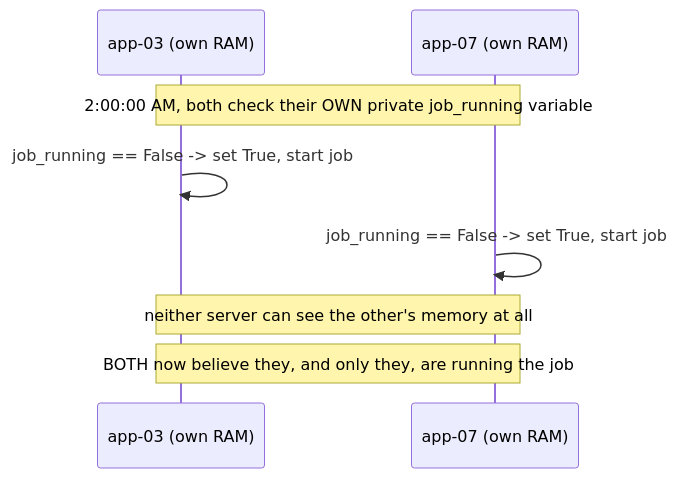
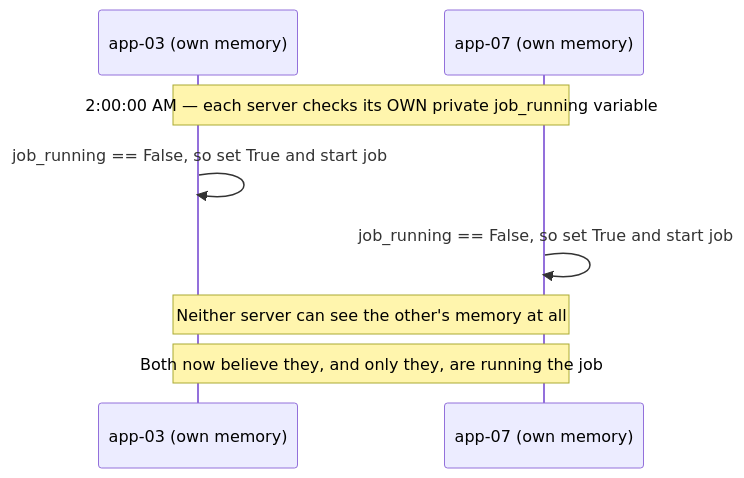
One commit to riyaz-pasha/Learnings changed the first of 10 diagrams in system-design/HLD/0-course/61-Design-a-Global-Distributed-Lock-Service-FAANG-Guide-story.md. Above: the diagram before and after it, drawn with Mermaid. The commit also changed other lines of this file and 1 other file, not shown here.

Commit message:
[REWRITE] Global Distributed Lock Service story guide: simplify prose, add structure, fix diagrams

````diff
--- a/system-design/HLD/0-course/61-Design-a-Global-Distributed-Lock-Service-FAANG-Guide-story.md
+++ b/system-design/HLD/0-course/61-Design-a-Global-Distributed-Lock-Service-FAANG-Guide-story.md
@@ -42,11 +73,11 @@
 ```mermaid
 sequenceDiagram
-    participant A as app-03 (own RAM)
-    participant B as app-07 (own RAM)
+    participant A as app-03 (own memory)
+    participant B as app-07 (own memory)
 
-    Note over A,B: 2:00:00 AM, both check their OWN private job_running variable
-    A->>A: job_running == False -> set True, start job
-    B->>B: job_running == False -> set True, start job
-    Note over A,B: neither server can see the other's memory at all
-    Note over A,B: BOTH now believe they, and only they, are running the job
+    Note over A,B: 2:00:00 AM — each server checks its OWN private job_running variable
+    A->>A: job_running == False, so set True and start job
+    B->>B: job_running == False, so set True and start job
+    Note over A,B: Neither server can see the other's memory at all
+    Note over A,B: Both now believe they, and only they, are running the job
 ```
````
